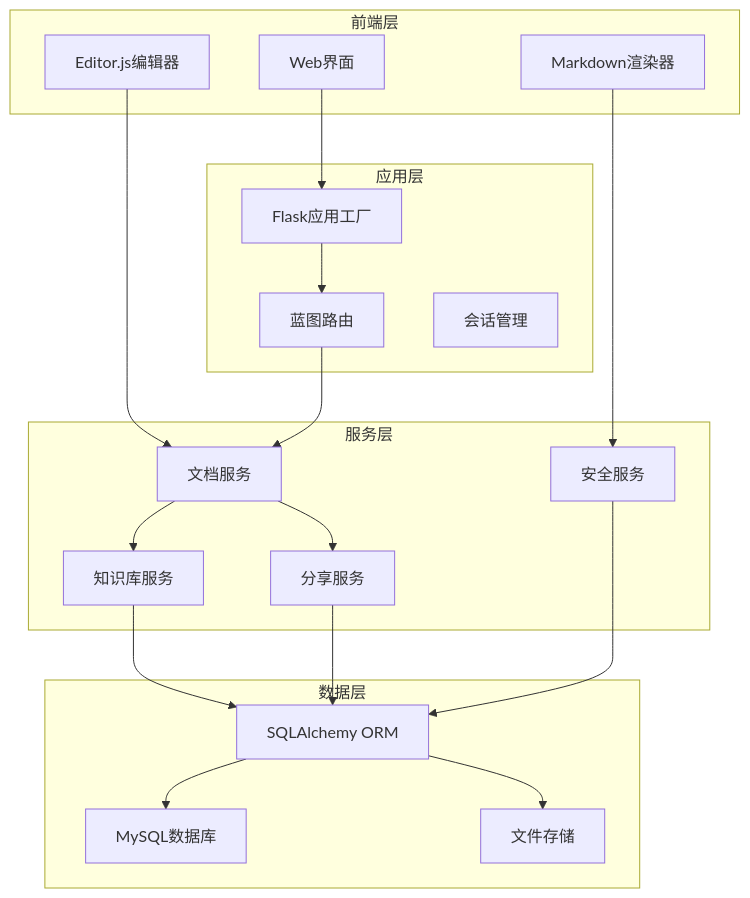
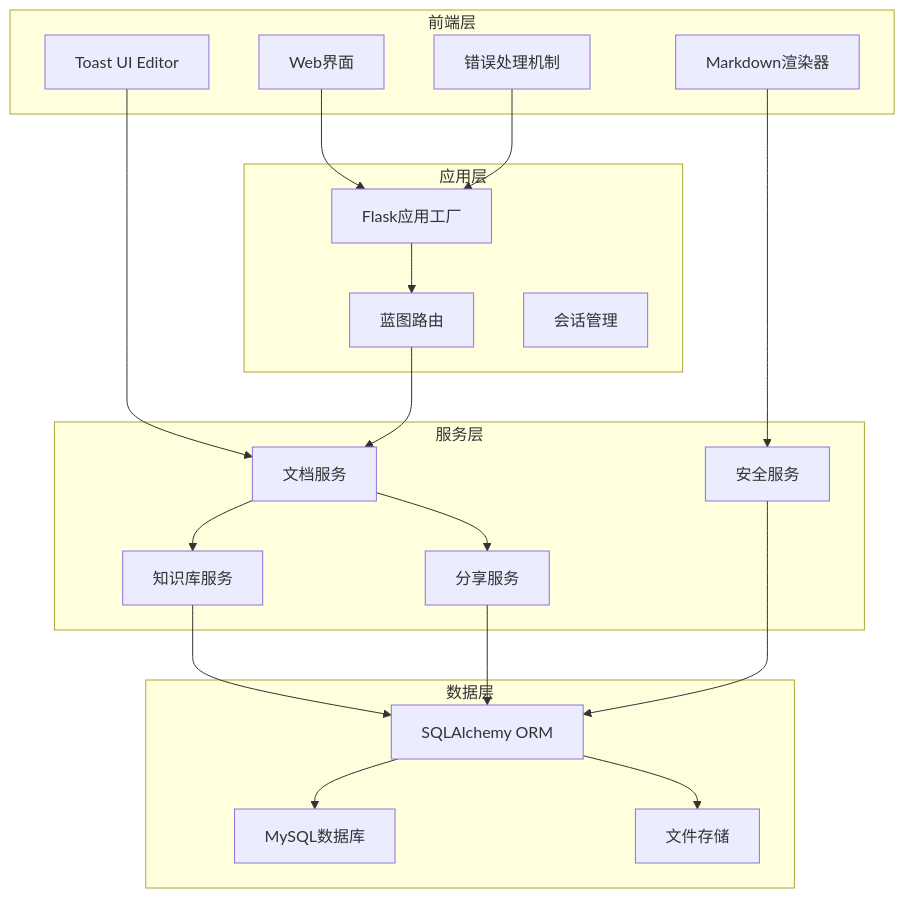
The fourth of 16 diagrams in .qoder/repowiki/zh/content/架构设计/蓝图系统设计/文档蓝图 (Document Blueprint).md (beyondalbert/my_wiki), drawn with Mermaid before and after one commit. The commit also changed other lines of this file and 9 other files, not shown here.

````diff
--- a/.qoder/repowiki/zh/content/架构设计/蓝图系统设计/文档蓝图 (Document Blueprint).md
+++ b/.qoder/repowiki/zh/content/架构设计/蓝图系统设计/文档蓝图 (Document Blueprint).md
@@ -192,36 +195,38 @@
 ```mermaid
 graph TB
 subgraph "前端层"
 A[Web界面]
-B[Editor.js编辑器]
+B[Toast UI Editor]
 C[Markdown渲染器]
+D[错误处理机制]
 end
 subgraph "应用层"
-D[Flask应用工厂]
-E[蓝图路由]
-F[会话管理]
+E[Flask应用工厂]
+F[蓝图路由]
+G[会话管理]
 end
 subgraph "服务层"
-G[文档服务]
-H[知识库服务]
-I[分享服务]
-J[安全服务]
+H[文档服务]
+I[知识库服务]
+J[分享服务]
+K[安全服务]
 end
 subgraph "数据层"
-K[SQLAlchemy ORM]
-L[MySQL数据库]
-M[文件存储]
+L[SQLAlchemy ORM]
+M[MySQL数据库]
+N[文件存储]
 end
-A --> D
-B --> G
-C --> J
+A --> E
+B --> H
+C --> K
 D --> E
-E --> G
-G --> H
-G --> I
-H --> K
-I --> K
-J --> K
+E --> F
+F --> H
+H --> I
+H --> J
+I --> L
+J --> L
 K --> L
-K --> M
+L --> M
+L --> N
 ```
````
